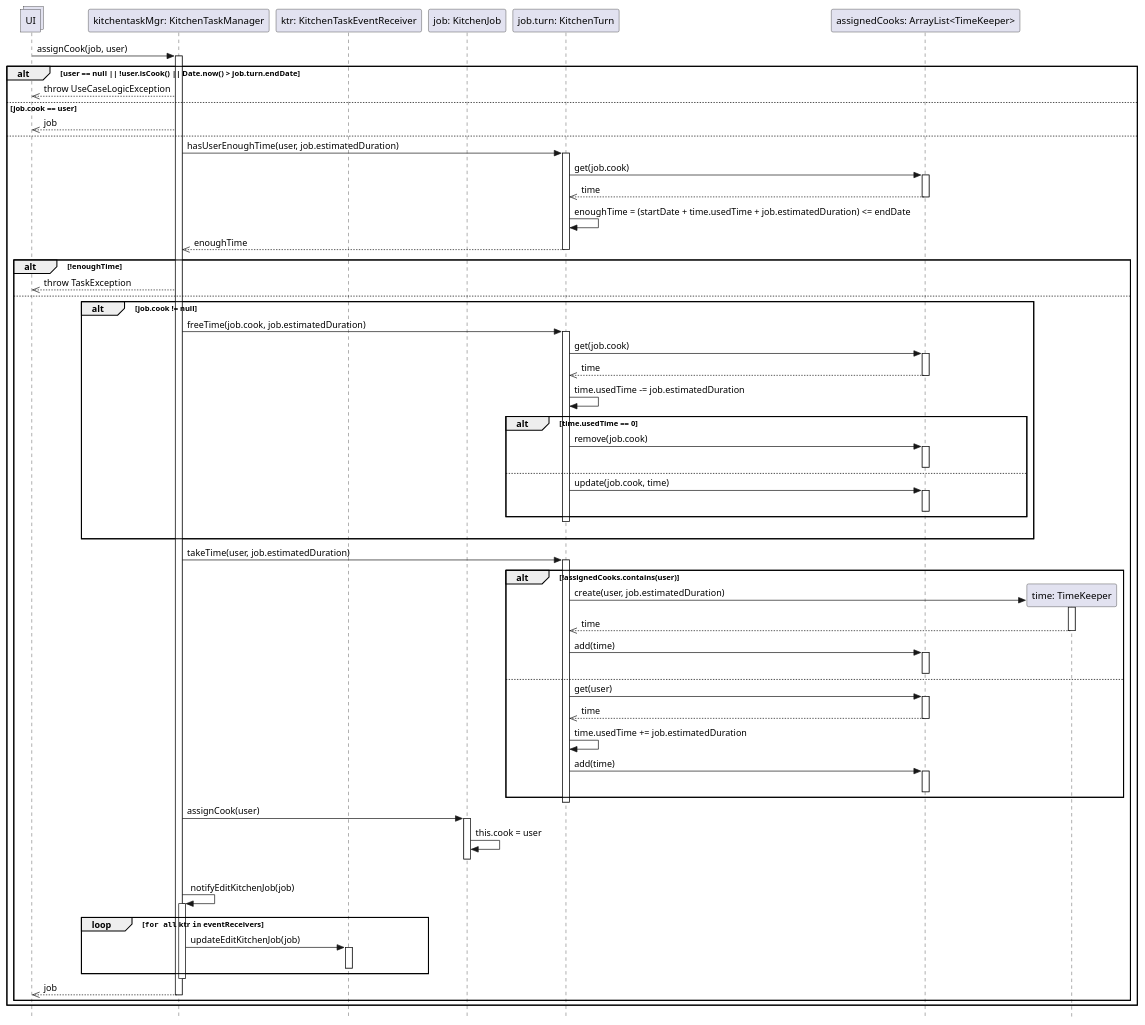
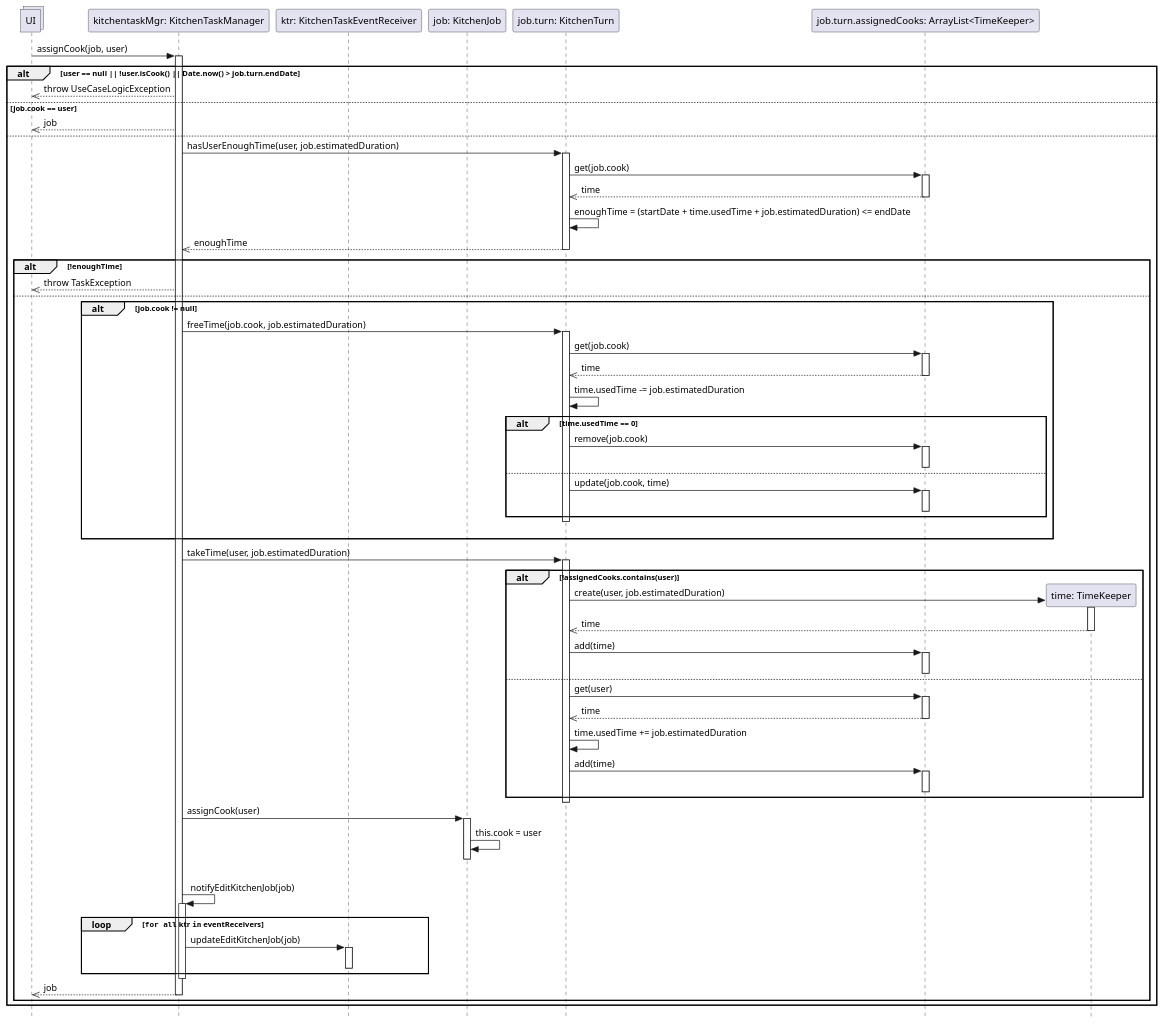
The diagram in UP/Progettazione/UC Gestire Compiti Cucina/DSD/DSD Operazione 6c.puml (stefa168/sas-project), drawn with PlantUML before and after one commit. The commit also changed 3 other files, not shown here.

```diff
--- a/UP/Progettazione/UC Gestire Compiti Cucina/DSD/DSD Operazione 6c.puml
+++ b/UP/Progettazione/UC Gestire Compiti Cucina/DSD/DSD Operazione 6c.puml
@@ -1,108 +1,108 @@
 @startuml
 skinparam Style strictuml
 
 collections UI
 
 participant "kitchentaskMgr: KitchenTaskManager" as ktm
 participant "ktr: KitchenTaskEventReceiver" as ktr
 participant "job: KitchenJob" as job
 participant "job.turn: KitchenTurn" as turn
-participant "assignedCooks: ArrayList<TimeKeeper>" as cooks
+participant "job.turn.assignedCooks: ArrayList<TimeKeeper>" as cooks
 
 UI -> ktm: assignCook(job, user)
 activate ktm
 alt user == null || !user.isCook() || Date.now() > job.turn.endDate
     UI <<-- ktm: throw UseCaseLogicException
 else job.cook == user
     UI <<-- ktm: job
 else
     ktm -> turn: hasUserEnoughTime(user, job.estimatedDuration)
     activate turn
 
     turn -> cooks: get(job.cook)
     activate cooks
     turn <<--cooks: time
     deactivate cooks
 
     turn -> turn: enoughTime = (startDate + time.usedTime + job.estimatedDuration) <= endDate
 
     ktm <<-- turn: enoughTime
     deactivate turn
 
     alt !enoughTime
         UI <<-- ktm: throw TaskException
     else
         alt job.cook != null
             ktm -> turn: freeTime(job.cook, job.estimatedDuration)
             activate turn
             turn -> cooks: get(job.cook)
             activate cooks
             turn <<-- cooks: time
             deactivate cooks
 
             turn -> turn: time.usedTime -= job.estimatedDuration
 
             ' se per caso liberando del tempo ci accorgiamo che il TimeKeeper è vuoto, cancelliamolo.
             alt time.usedTime == 0
                 turn -> cooks: remove(job.cook)
                 activate cooks
                 deactivate cooks
             ' altrimenti aggiorniamo il tempo.
             else
                 turn -> cooks: update(job.cook, time)
                 activate cooks
                 deactivate cooks
             end
             deactivate turn
             |||
         end
 
         ktm -> turn: takeTime(user, job.estimatedDuration)
         activate turn
 
         participant "time: TimeKeeper" as newTime
 
         ' potrebbe trattarsi del primo incarico assegnato all cuoco in questo turno.
         alt !assignedCooks.contains(user)
             turn -> newTime**: create(user, job.estimatedDuration)
             activate newTime
             turn <<-- newTime: time
             deactivate newTime
 
             turn -> cooks: add(time)
             activate cooks
             deactivate cooks
         else
             turn -> cooks: get(user)
             activate cooks
             turn <<-- cooks: time
             deactivate cooks
             turn -> turn: time.usedTime += job.estimatedDuration
 
             turn -> cooks: add(time)
             activate cooks
             deactivate cooks
         end
         deactivate turn
 
         ktm -> job: assignCook(user)
         activate job
         job -> job: this.cook = user
         ktm <[hidden]-- job:
         deactivate job
 
         |||
         ktm -> ktm: notifyEditKitchenJob(job)
         activate ktm
         loop ""for all"" ktr ""in"" eventReceivers
             ktm -> ktr : updateEditKitchenJob(job)
             activate ktr
             deactivate ktr
         end
         deactivate ktm
 
         UI <<-- ktm: job
         deactivate ktm
         end
 end
 @enduml
```
